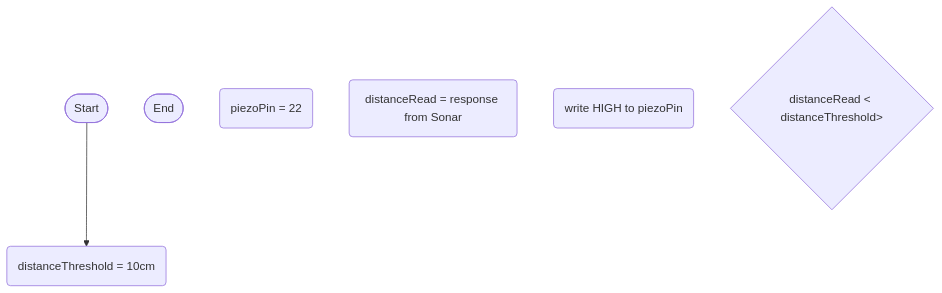
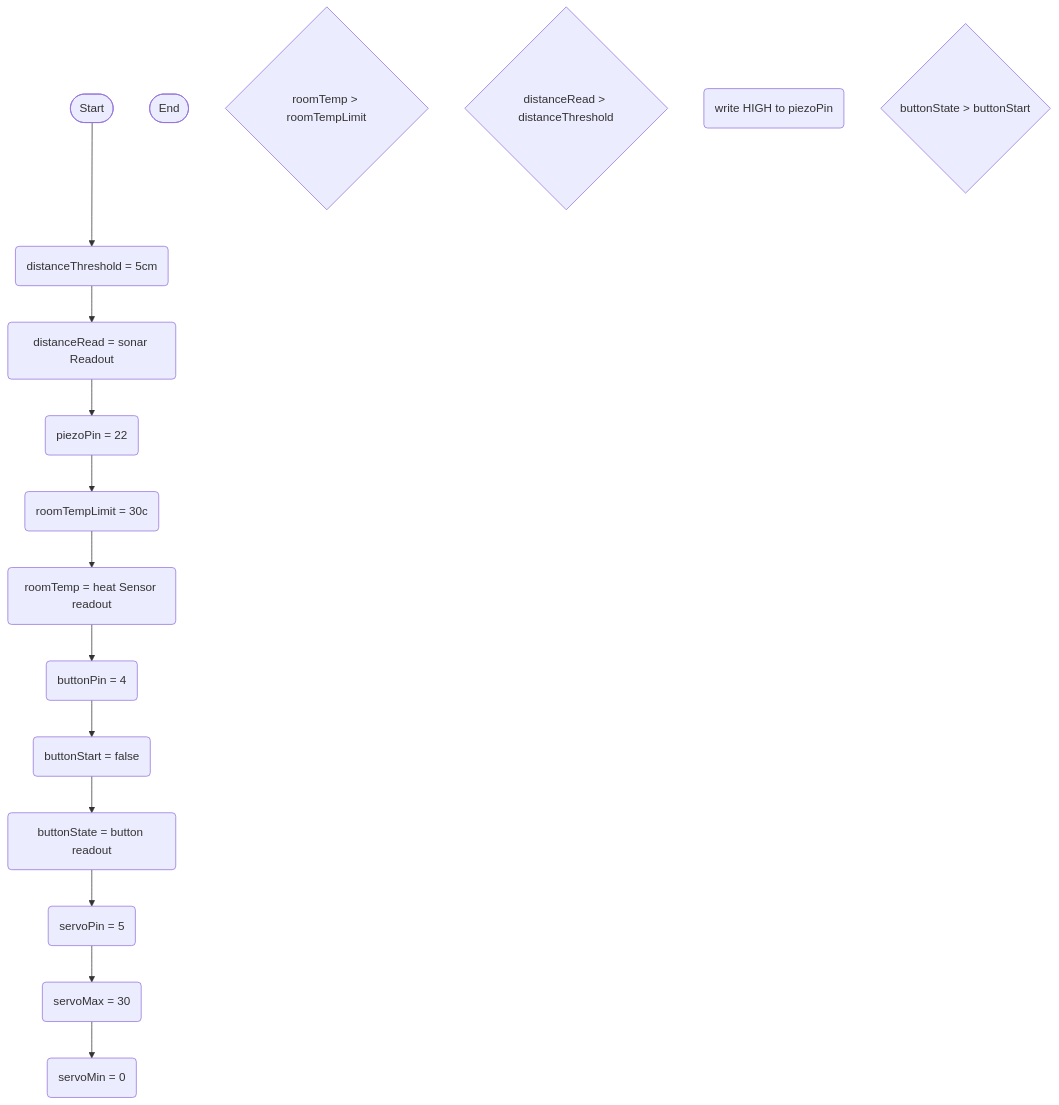
Before and after one commit to GodlyBlueDog/Automatic-GreenHouse-Person-Detection: the diagram in logic.md, drawn with Mermaid.

````diff
--- a/logic.md
+++ b/logic.md
@@ -1,15 +1,48 @@
 ```mermaid
 flowchart TD
 terminalStart([Start])
 terminalEnd([End])
-thresholdSet(distanceThreshold = 10cm)
+
+%% Tempurture 
+currentRoomTempReading(roomTemp = heat Sensor readout)
+roomTempLimit(roomTempLimit = 30c)
+ifTempGreaterThanLimit{roomTemp > roomTempLimit}
+
+
+%% distance
+thresholdSet(distanceThreshold = 5cm)
+currentDistanceReading(distanceRead = sonar Readout)
+ifDistanceLessThanThreshold{distanceRead > distanceThreshold}
+
+%% peizo 
 setPiezoPin(piezoPin = 22)
-currentDistanceReading(distanceRead = response from Sonar)
 activatePiezo(write HIGH to piezoPin)
-ifDistanceLessThanThreshold{distanceRead < distanceThreshold>}
 
-terminalStart --> thresholdSet
+%% button
+buttonStart(buttonStart = false)
+setButtonPin(buttonPin = 4)
+currentButtonReading( buttonState = button readout)
+isButtonPressed{buttonState > buttonStart}
+
+
+%% servo
+servoPin(servoPin = 5)
+servoMaxDeg(servoMax = 30)
+servoMinDeg(servoMin = 0)
 
 
 
+terminalStart --> thresholdSet
+thresholdSet --> currentDistanceReading
+currentDistanceReading --> setPiezoPin
+setPiezoPin --> roomTempLimit
+roomTempLimit--> currentRoomTempReading
+currentRoomTempReading--> setButtonPin
+setButtonPin --> buttonStart
+buttonStart --> currentButtonReading
+currentButtonReading --> servoPin
+servoPin --> servoMaxDeg
+servoMaxDeg --> servoMinDeg
+
+
 ```
````
